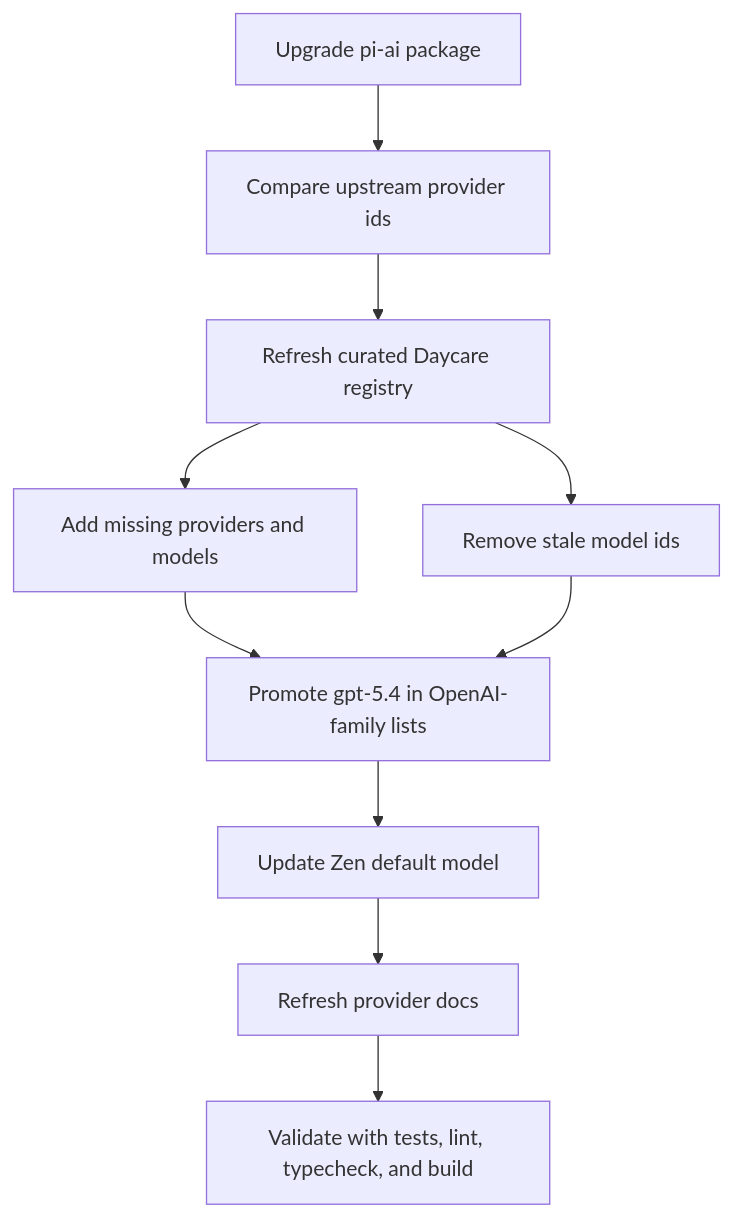
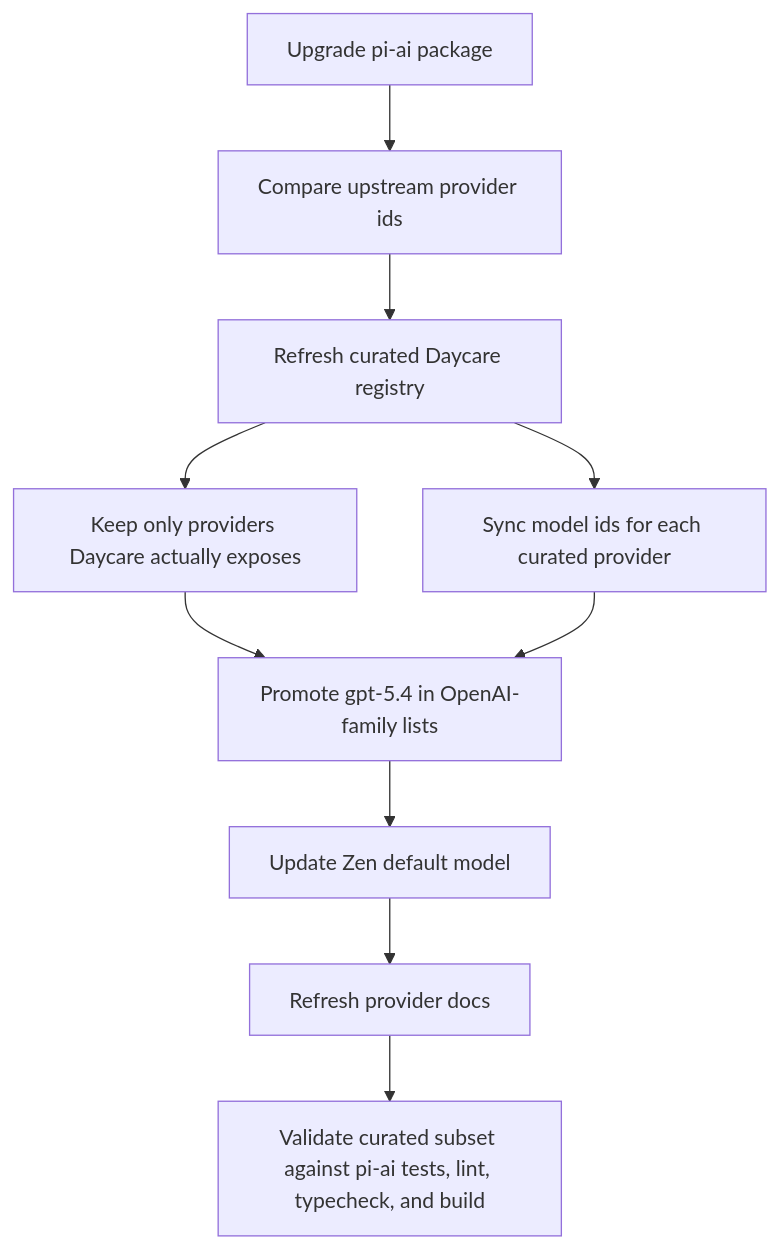
One commit to ex3ndr/daycare changed the diagram in doc/20260313-pi-ai-gpt54-refresh.md. Above: the diagram before and after it, drawn with Mermaid. The commit also changed other lines of this file and 13 other files, not shown here.

````diff
--- a/doc/20260313-pi-ai-gpt54-refresh.md
+++ b/doc/20260313-pi-ai-gpt54-refresh.md
@@ -12,12 +13,12 @@
 ```mermaid
 flowchart TD
     A[Upgrade pi-ai package] --> B[Compare upstream provider ids]
     B --> C[Refresh curated Daycare registry]
-    C --> D[Add missing providers and models]
-    C --> E[Remove stale model ids]
+    C --> D[Keep only providers Daycare actually exposes]
+    C --> E[Sync model ids for each curated provider]
     D --> F[Promote gpt-5.4 in OpenAI-family lists]
     E --> F
     F --> G[Update Zen default model]
     G --> H[Refresh provider docs]
-    H --> I[Validate with tests, lint, typecheck, and build]
+    H --> I[Validate curated subset against pi-ai tests, lint, typecheck, and build]
 ```
````
